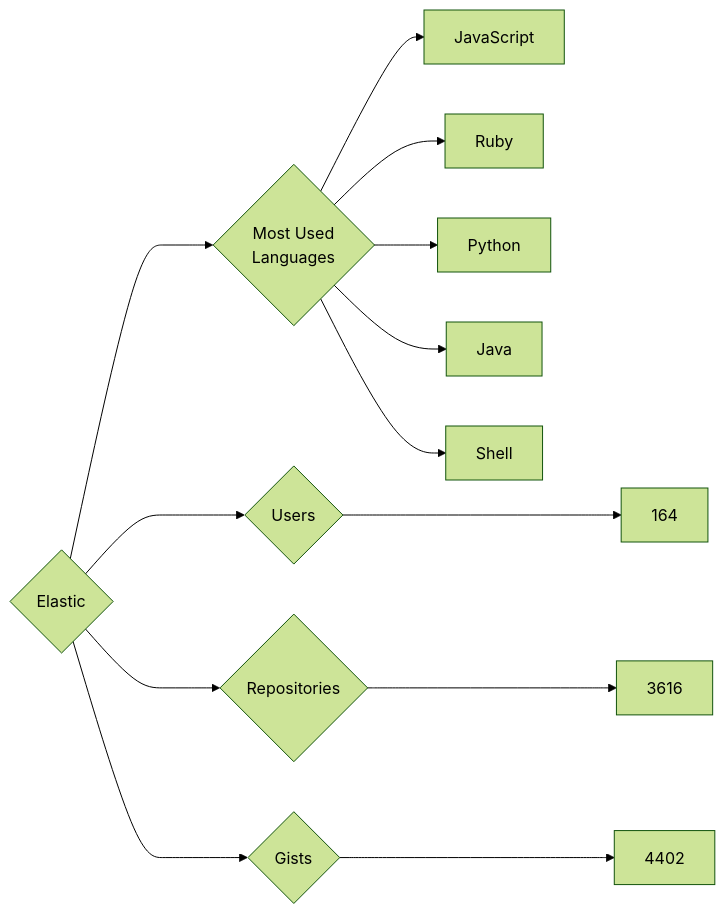
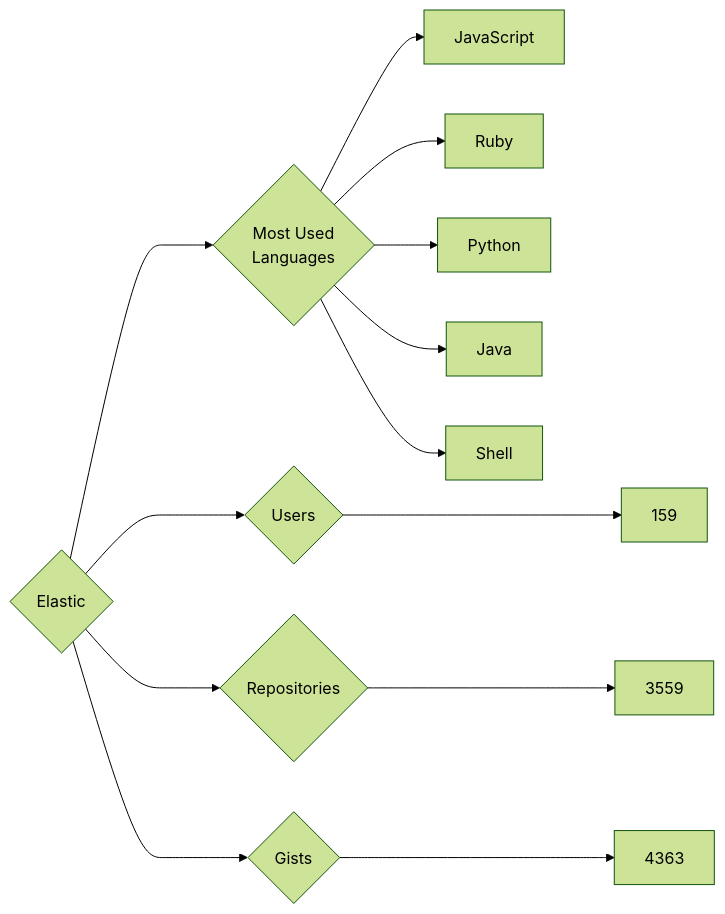
One commit to trickest/insiders changed the diagram in targets/Elastic/README.md. Above: the diagram before and after it, drawn with Mermaid (forest theme). The commit also changed 611 other files, not shown here.

````diff
--- a/targets/Elastic/README.md
+++ b/targets/Elastic/README.md
@@ -3,13 +3,13 @@
 ```mermaid
 graph LR
 COMPANY_NAME{Elastic}
-COMPANY_NAME ---> U{Users} ---> UN[164]
-COMPANY_NAME ---> R{Repositories} ---> RN[3616]
-COMPANY_NAME ---> G{Gists} ---> GN[4402]
+COMPANY_NAME ---> U{Users} ---> UN[159]
+COMPANY_NAME ---> R{Repositories} ---> RN[3559]
+COMPANY_NAME ---> G{Gists} ---> GN[4363]
 COMPANY_NAME ---> ML{Most Used<br>Languages}
 ML --> JavaScript[JavaScript]
 ML --> Ruby[Ruby]
 ML --> Python[Python]
 ML --> Java[Java]
 ML --> Shell[Shell]
 ```
````
